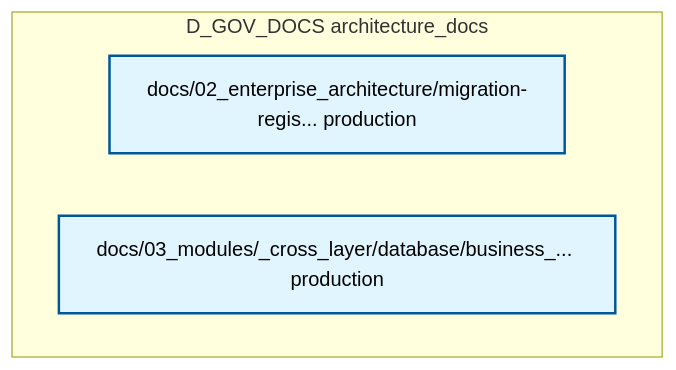
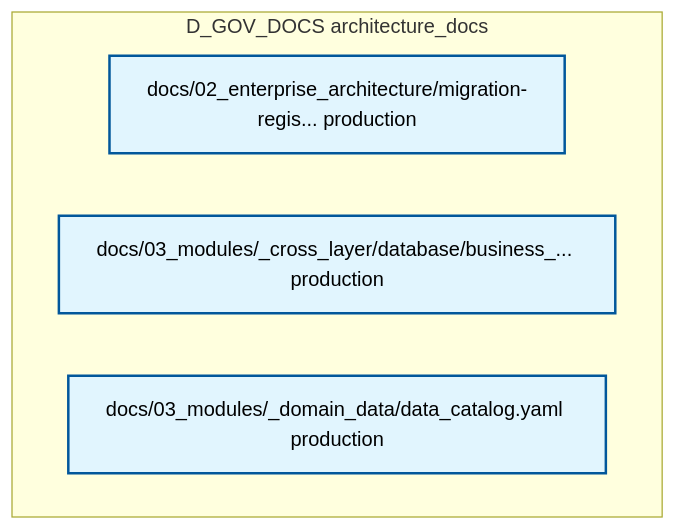
The diagram in docs/02_enterprise_architecture/02_domain_architecture_docs/33_d_gov_docs.md (xuanFelixVan/ZephyrAlpha), drawn with Mermaid before and after one commit. The commit also changed other lines of this file and 99 other files, not shown here.

````diff
--- a/docs/02_enterprise_architecture/02_domain_architecture_docs/33_d_gov_docs.md
+++ b/docs/02_enterprise_architecture/02_domain_architecture_docs/33_d_gov_docs.md
@@ -47,12 +47,13 @@
 ```mermaid
 graph TD
     subgraph D_GOV_DOCS["D_GOV_DOCS architecture_docs"]
         docs_02_enterprise_architecture_migration_registry_yaml["docs/02_enterprise_architecture/migration-regis... production"]
         docs_03_modules_cross_layer_database_business_data_categories_yaml["docs/03_modules/_cross_layer/database/business_... production"]
+        docs_03_modules_domain_data_data_catalog_yaml["docs/03_modules/_domain_data/data_catalog.yaml production"]
     end
     classDef production fill:#e1f5fe,stroke:#01579b,stroke-width:2px,color:#000
     classDef design fill:#fff3e0,stroke:#e65100,stroke-width:2px,color:#000,stroke-dasharray: 5 5
     classDef external_prod fill:#e8f5e9,stroke:#1b5e20,stroke-width:1px,color:#000
     classDef external_design fill:#fce4ec,stroke:#880e4f,stroke-width:1px,color:#000,stroke-dasharray: 5 5
-    class docs_02_enterprise_architecture_migration_registry_yaml,docs_03_modules_cross_layer_database_business_data_categories_yaml production
+    class docs_02_enterprise_architecture_migration_registry_yaml,docs_03_modules_cross_layer_database_business_data_categories_yaml,docs_03_modules_domain_data_data_catalog_yaml production
 ```
````
